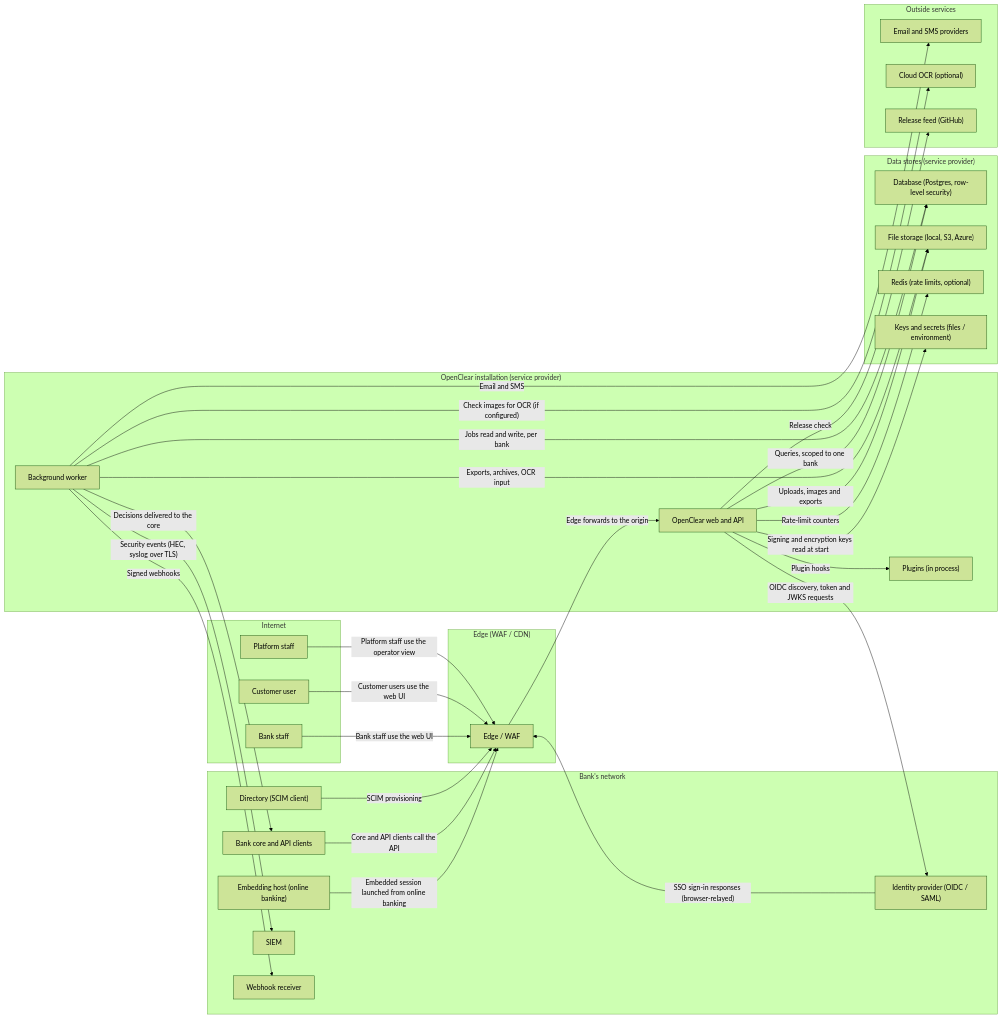
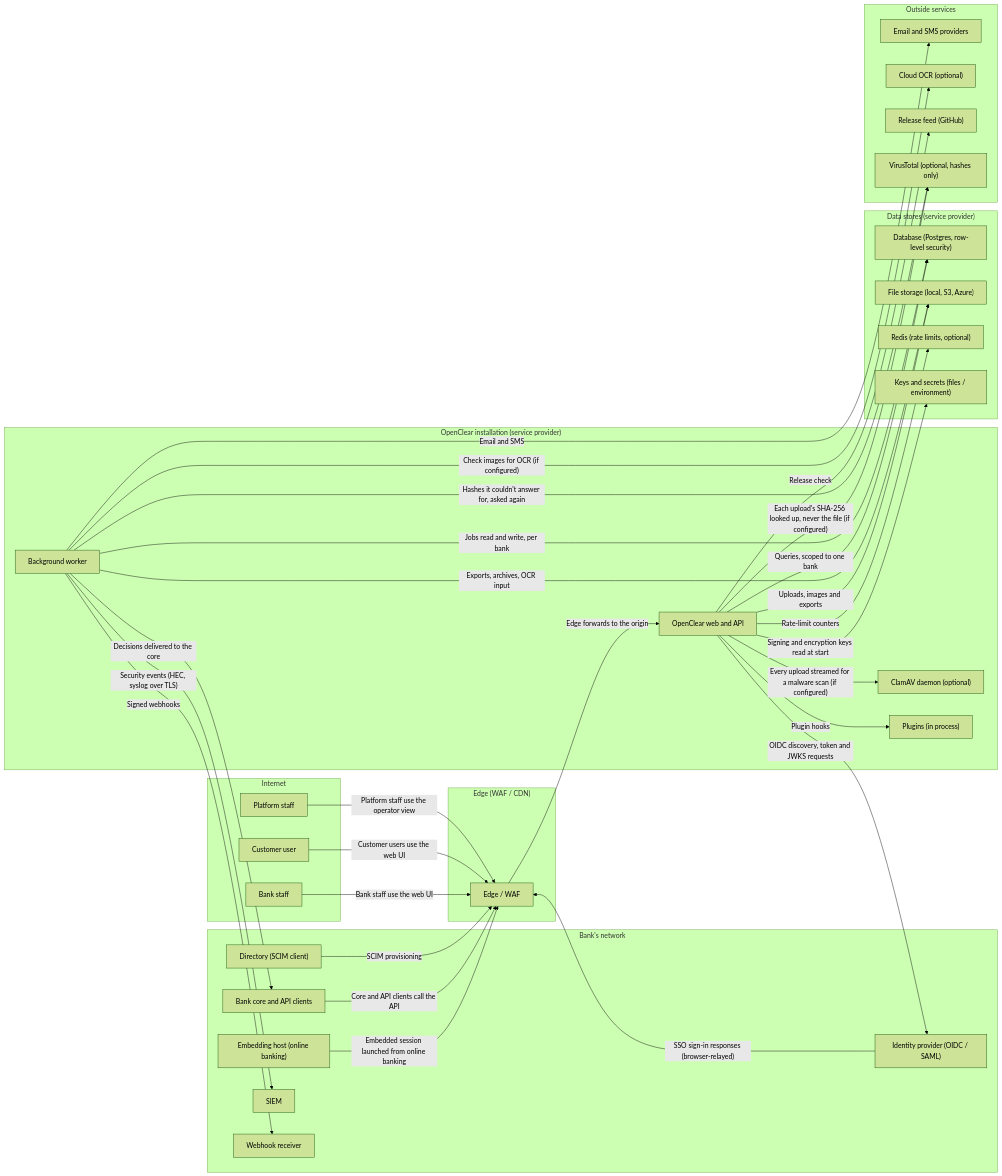
One commit to chaffed/OpenClear changed the diagram in docs/security/threat-model.md. Above: the diagram before and after it, drawn with Mermaid (forest theme). The commit also changed other lines of this file and 31 other files, not shown here.

First line of the commit message:
Malware scanning of uploads: ClamAV and VirusTotal hash lookups

````diff
--- a/docs/security/threat-model.md
+++ b/docs/security/threat-model.md
@@ -13,57 +13,62 @@
 ```mermaid
 flowchart LR
   subgraph b0["Internet"]
     n0["Bank staff"]
     n1["Customer user"]
     n2["Platform staff"]
   end
   subgraph b1["Bank's network"]
     n3["Embedding host (online banking)"]
     n4["Bank core and API clients"]
     n5["Identity provider (OIDC / SAML)"]
     n6["Directory (SCIM client)"]
     n7["SIEM"]
     n8["Webhook receiver"]
   end
   subgraph b2["Edge (WAF / CDN)"]
-    n12["Edge / WAF"]
+    n14["Edge / WAF"]
   end
   subgraph b3["OpenClear installation (service provider)"]
-    n13["OpenClear web and API"]
-    n14["Background worker"]
-    n15["Plugins (in process)"]
+    n12["ClamAV daemon (optional)"]
+    n15["OpenClear web and API"]
+    n16["Background worker"]
+    n17["Plugins (in process)"]
   end
   subgraph b4["Data stores (service provider)"]
-    n16["Database (Postgres, row-level security)"]
-    n17["File storage (local, S3, Azure)"]
-    n18["Redis (rate limits, optional)"]
-    n19["Keys and secrets (files / environment)"]
+    n18["Database (Postgres, row-level security)"]
+    n19["File storage (local, S3, Azure)"]
+    n20["Redis (rate limits, optional)"]
+    n21["Keys and secrets (files / environment)"]
   end
   subgraph b5["Outside services"]
     n9["Email and SMS providers"]
     n10["Cloud OCR (optional)"]
     n11["Release feed (GitHub)"]
+    n13["VirusTotal (optional, hashes only)"]
   end
-  n0 -->|"Bank staff use the web UI"| n12
-  n1 -->|"Customer users use the web UI"| n12
-  n2 -->|"Platform staff use the operator view"| n12
-  n3 -->|"Embedded session launched from online banking"| n12
-  n4 -->|"Core and API clients call the API"| n12
-  n5 -->|"SSO sign-in responses (browser-relayed)"| n12
-  n6 -->|"SCIM provisioning"| n12
-  n12 -->|"Edge forwards to the origin"| n13
-  n13 -->|"OIDC discovery, token and JWKS requests"| n5
-  n13 -->|"Queries, scoped to one bank"| n16
-  n13 -->|"Uploads, images and exports"| n17
-  n13 -->|"Rate-limit counters"| n18
-  n13 -->|"Signing and encryption keys read at start"| n19
-  n13 -->|"Plugin hooks"| n15
-  n14 -->|"Jobs read and write, per bank"| n16
-  n14 -->|"Exports, archives, OCR input"| n17
-  n14 -->|"Security events (HEC, syslog over TLS)"| n7
-  n14 -->|"Signed webhooks"| n8
-  n14 -->|"Decisions delivered to the core"| n4
-  n14 -->|"Email and SMS"| n9
-  n14 -->|"Check images for OCR (if configured)"| n10
-  n13 -->|"Release check"| n11
+  n0 -->|"Bank staff use the web UI"| n14
+  n1 -->|"Customer users use the web UI"| n14
+  n2 -->|"Platform staff use the operator view"| n14
+  n3 -->|"Embedded session launched from online banking"| n14
+  n4 -->|"Core and API clients call the API"| n14
+  n5 -->|"SSO sign-in responses (browser-relayed)"| n14
+  n6 -->|"SCIM provisioning"| n14
+  n14 -->|"Edge forwards to the origin"| n15
+  n15 -->|"OIDC discovery, token and JWKS requests"| n5
+  n15 -->|"Queries, scoped to one bank"| n18
+  n15 -->|"Uploads, images and exports"| n19
+  n15 -->|"Rate-limit counters"| n20
+  n15 -->|"Signing and encryption keys read at start"| n21
+  n15 -->|"Plugin hooks"| n17
+  n16 -->|"Jobs read and write, per bank"| n18
+  n16 -->|"Exports, archives, OCR input"| n19
+  n16 -->|"Security events (HEC, syslog over TLS)"| n7
+  n16 -->|"Signed webhooks"| n8
+  n16 -->|"Decisions delivered to the core"| n4
+  n16 -->|"Email and SMS"| n9
+  n16 -->|"Check images for OCR (if configured)"| n10
+  n15 -->|"Release check"| n11
+  n15 -->|"Every upload streamed for a malware scan (if configured)"| n12
+  n15 -->|"Each upload's SHA-256 looked up, never the file (if configured)"| n13
+  n16 -->|"Hashes it couldn't answer for, asked again"| n13
 ```
````
